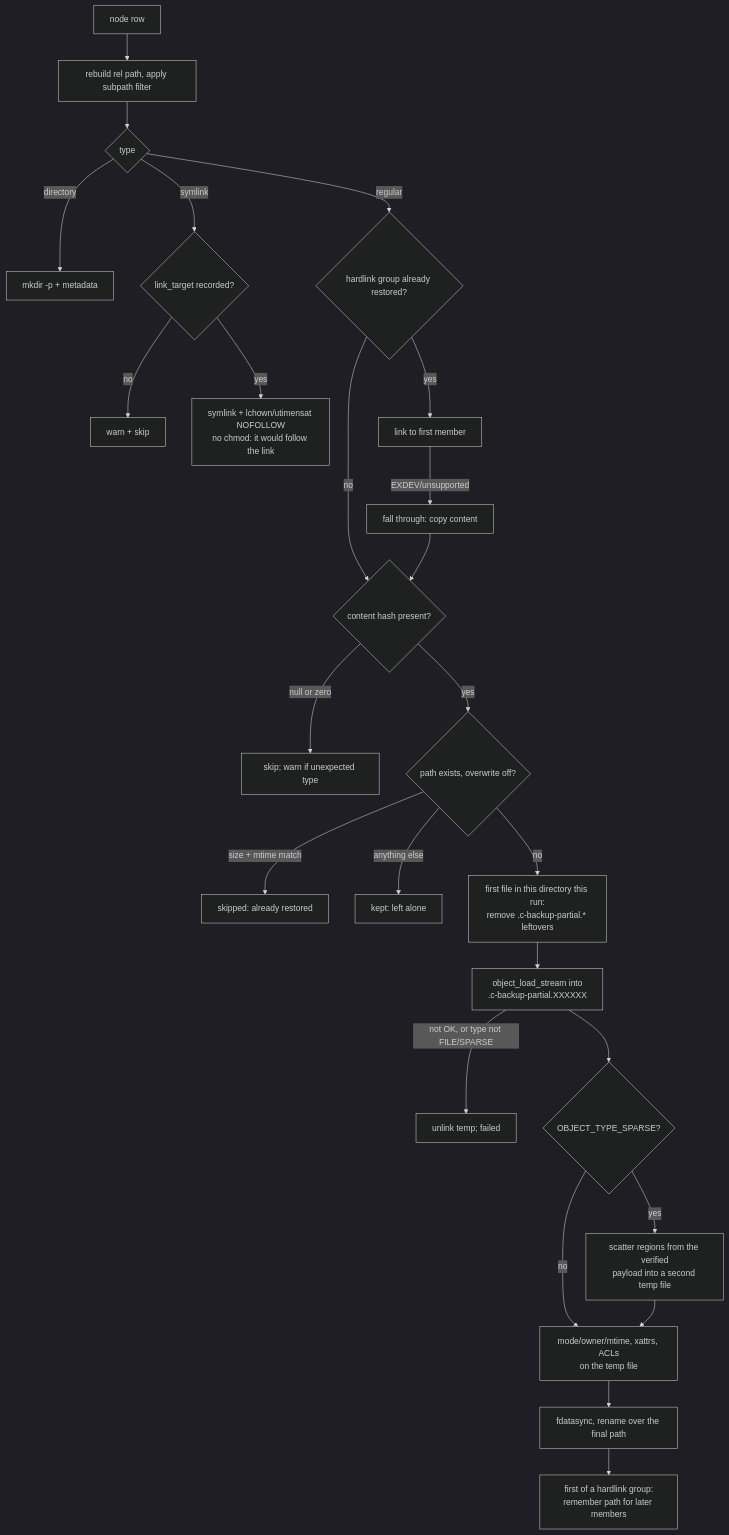
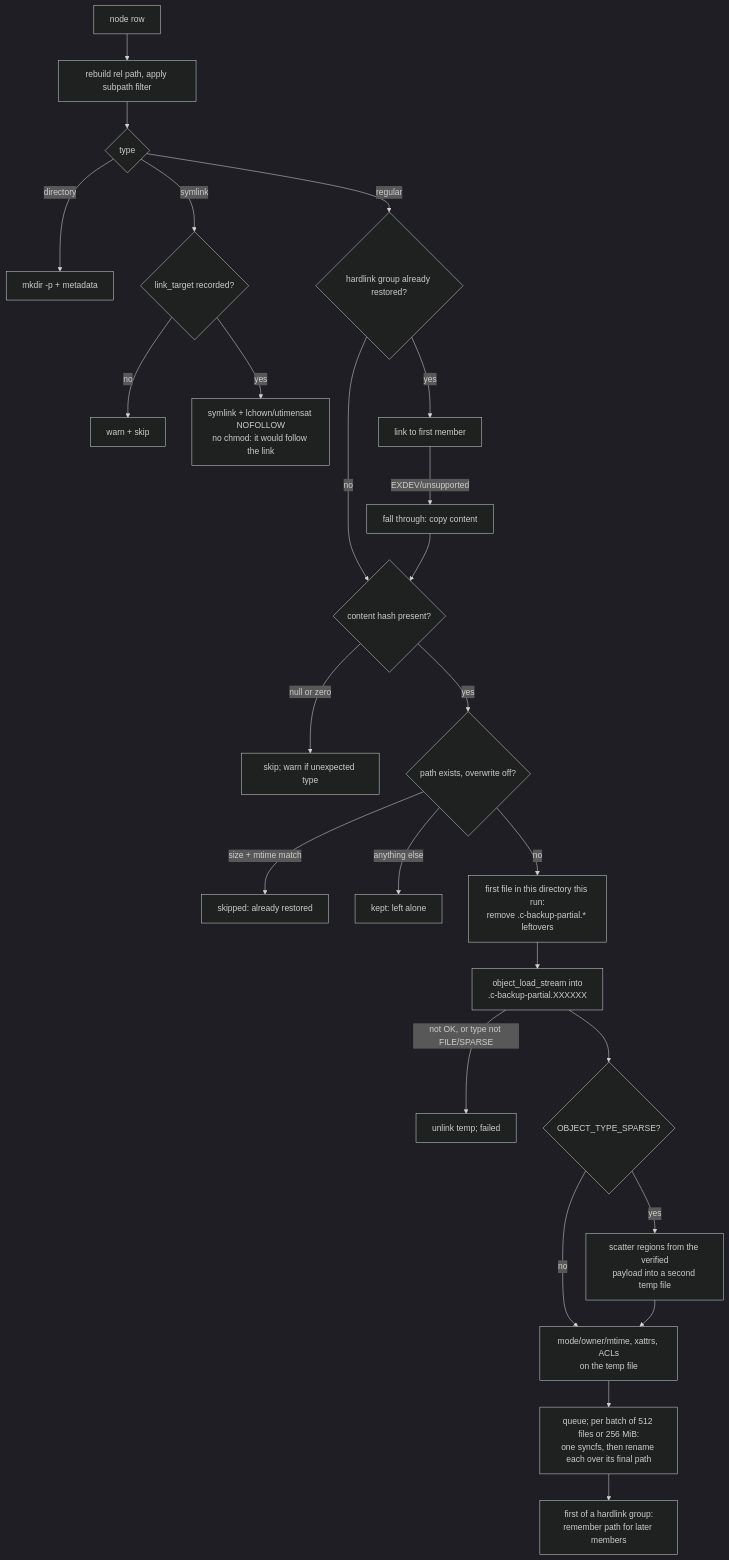
One commit to vifair22/c-backup changed the third of 3 diagrams in docs/data-paths.md. Above: the diagram before and after it, drawn with Mermaid (dark theme). The commit also changed other lines of this file and 3 other files, not shown here.

First line of the commit message:
Make restored files durable in batches, not one sync per file

````diff
--- a/docs/data-paths.md
+++ b/docs/data-paths.md
@@ -566,27 +566,27 @@
 ```mermaid
 flowchart TD
     N[node row] --> P[rebuild rel path, apply subpath filter]
     P --> T{type}
     T -->|directory| MD[mkdir -p + metadata]
     T -->|symlink| SL{link_target recorded?}
     SL -->|no| SKIP1[warn + skip]
     SL -->|yes| SLC[symlink + lchown/utimensat NOFOLLOW<br>no chmod: it would follow the link]
     T -->|regular| HL{hardlink group already restored?}
     HL -->|yes| LN[link to first member]
     LN -->|EXDEV/unsupported| CP[fall through: copy content]
     HL -->|no| CH{content hash present?}
     CP --> CH
     CH -->|null or zero| SKIP2[skip; warn if unexpected type]
     CH -->|yes| EX{path exists, overwrite off?}
     EX -->|size + mtime match| SKIP3[skipped: already restored]
     EX -->|anything else| KEPT[kept: left alone]
     EX -->|no| SW[first file in this directory this run:<br>remove .c-backup-partial.* leftovers]
     SW --> ST[object_load_stream into<br>.c-backup-partial.XXXXXX]
     ST -->|not OK, or type not FILE/SPARSE| DEL[unlink temp; failed]
     ST --> SP{OBJECT_TYPE_SPARSE?}
     SP -->|yes| SCAT[scatter regions from the verified<br>payload into a second temp file]
     SP -->|no| META[mode/owner/mtime, xattrs, ACLs<br>on the temp file]
     SCAT --> META
-    META --> REN[fdatasync, rename over the final path]
+    META --> REN[queue; per batch of 512 files or 256 MiB:<br>one syncfs, then rename each over its final path]
     REN --> REM[first of a hardlink group:<br>remember path for later members]
 ```
````
